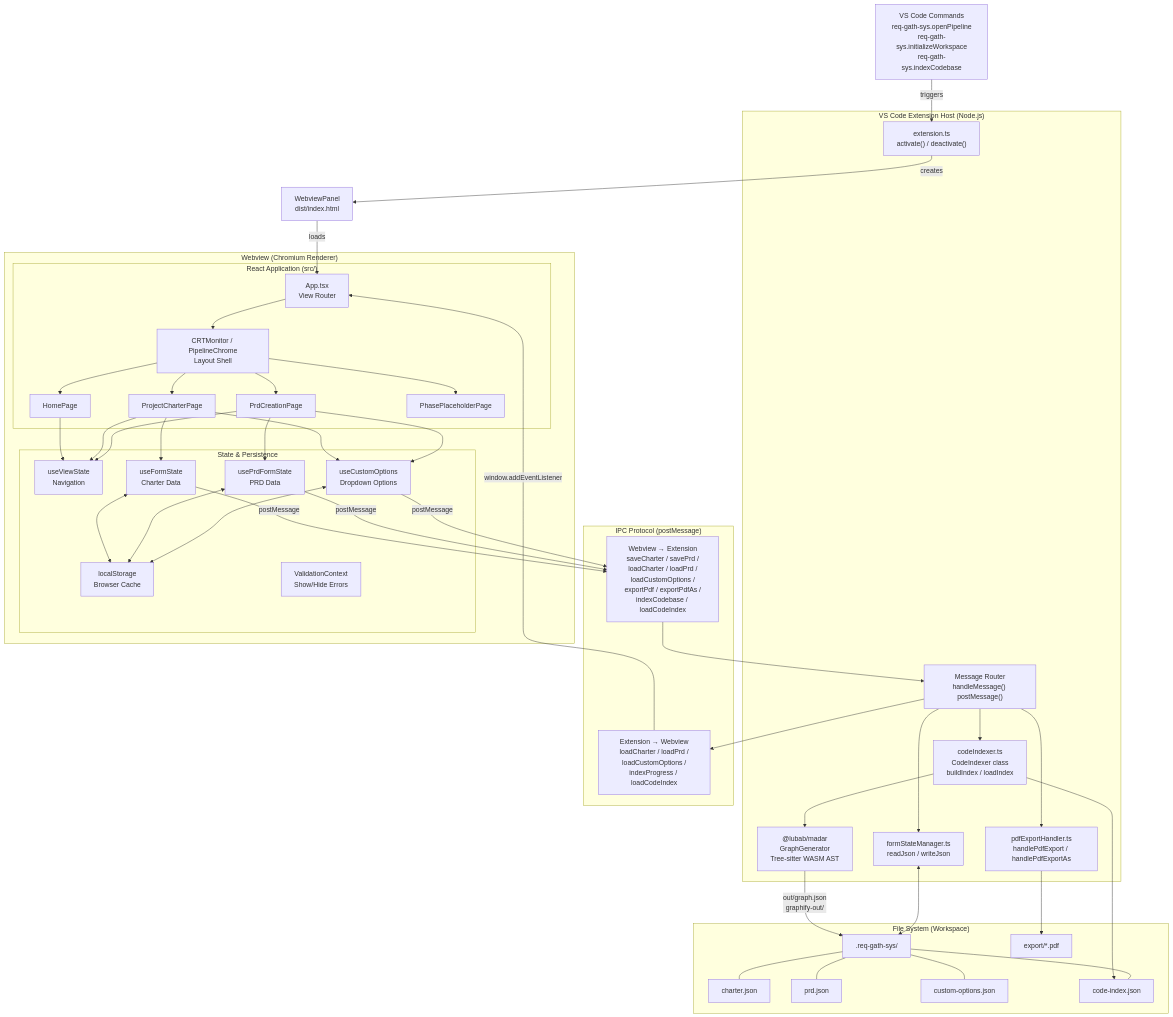
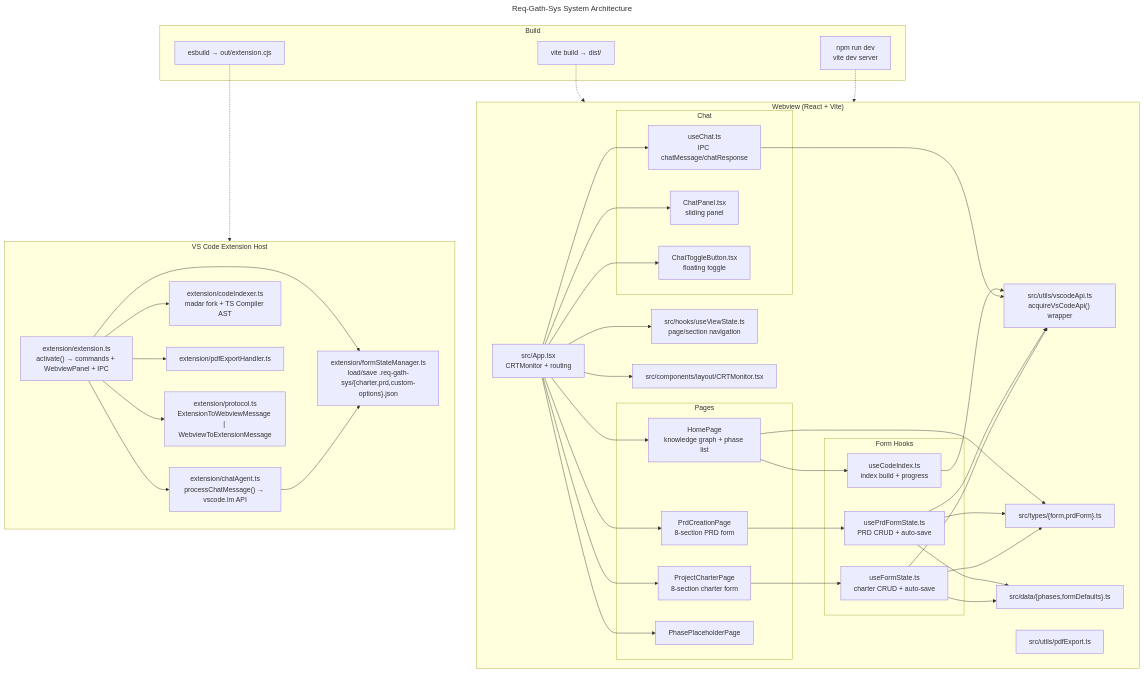
Before and after one commit to MoneebbYCh/CharterAi: the first of 3 diagrams in ARCHITECTURE.md, drawn with Mermaid. The commit also changed other lines of this file and 10 other files, not shown here.

````diff
--- a/ARCHITECTURE.md
+++ b/ARCHITECTURE.md
@@ -11,72 +3,87 @@
 ```mermaid
+---
+title: Req-Gath-Sys System Architecture
+---
 graph TB
-    subgraph "VS Code Extension Host (Node.js)"
-        EXT["extension.ts<br/>activate() / deactivate()"]
-        FSM["formStateManager.ts<br/>readJson / writeJson"]
-        CIDX["codeIndexer.ts<br/>CodeIndexer class<br/>buildIndex / loadIndex"]
-        GENG["@lubab/madar<br/>GraphGenerator<br/>Tree-sitter WASM AST"]
-        PDFH["pdfExportHandler.ts<br/>handlePdfExport / handlePdfExportAs"]
-        MSG["Message Router<br/>handleMessage() postMessage()"]
+  subgraph VSCODE["VS Code Extension Host"]
+    EXT["extension/extension.ts<br/>activate() → commands + WebviewPanel + IPC"]
+    FSM["extension/formStateManager.ts<br/>load/save .req-gath-sys/{charter,prd,custom-options}.json"]
+    CHAT["extension/chatAgent.ts<br/>processChatMessage() → vscode.lm API"]
+    CI["extension/codeIndexer.ts<br/>madar fork + TS Compiler AST"]
+    PDF["extension/pdfExportHandler.ts"]
+    PROTO["extension/protocol.ts<br/>ExtensionToWebviewMessage | WebviewToExtensionMessage"]
+
+    EXT --> FSM
+    EXT --> CHAT
+    EXT --> CI
+    EXT --> PDF
+    EXT --> PROTO
+    CHAT --> FSM
+  end
+
+  subgraph WEBVIEW["Webview (React + Vite)"]
+    APP["src/App.tsx<br/>CRTMonitor + routing"]
+    VIEW["src/hooks/useViewState.ts<br/>page/section navigation"]
+
+    subgraph PAGES["Pages"]
+      HOME["HomePage<br/>knowledge graph + phase list"]
+      CHARTER["ProjectCharterPage<br/>8-section charter form"]
+      PRD["PrdCreationPage<br/>8-section PRD form"]
+      PLACEHOLDER["PhasePlaceholderPage"]
     end
 
-    subgraph "Webview (Chromium Renderer)"
-        subgraph "React Application (src/)"
-            APP["App.tsx<br/>View Router"]
-            HP["HomePage"]
-            CP["ProjectCharterPage"]
-            PP["PrdCreationPage"]
-            PLP["PhasePlaceholderPage"]
-            CRT["CRTMonitor / PipelineChrome<br/>Layout Shell"]
-        end
-
-        subgraph "State & Persistence"
-            UVS["useViewState<br/>Navigation"]
-            UFS["useFormState<br/>Charter Data"]
-            UPFS["usePrdFormState<br/>PRD Data"]
-            UCO["useCustomOptions<br/>Dropdown Options"]
-            LS["localStorage<br/>Browser Cache"]
-            VALC["ValidationContext<br/>Show/Hide Errors"]
-        end
+    subgraph FORMS["Form Hooks"]
+      UF["useFormState.ts<br/>charter CRUD + auto-save"]
+      UP["usePrdFormState.ts<br/>PRD CRUD + auto-save"]
+      UC["useCodeIndex.ts<br/>index build + progress"]
     end
 
-    subgraph "File System (Workspace)"
-        DIR[".req-gath-sys/"]
-        CJ["charter.json"]
-        PJ["prd.json"]
-        COJ["custom-options.json"]
-        CIJ["code-index.json"]
-        EXP["export/*.pdf"]
+    subgraph CHATUI["Chat"]
+      UCHAT["useChat.ts<br/>IPC chatMessage/chatResponse"]
+      PANEL["ChatPanel.tsx<br/>sliding panel"]
+      TOGGLE["ChatToggleButton.tsx<br/>floating toggle"]
     end
 
-    subgraph "IPC Protocol (postMessage)"
-    W2E["Webview → Extension<br/>saveCharter / savePrd /<br/>loadCharter / loadPrd /<br/>loadCustomOptions /<br/>exportPdf / exportPdfAs /<br/>indexCodebase / loadCodeIndex"]
-    E2W["Extension → Webview<br/>loadCharter / loadPrd /<br/>loadCustomOptions /<br/>indexProgress / loadCodeIndex"]
-    end
+    UI["src/components/layout/CRTMonitor.tsx"]
+    TYPES["src/types/{form,prdForm}.ts"]
+    DATA["src/data/{phases,formDefaults}.ts"]
+    VAPI["src/utils/vscodeApi.ts<br/>acquireVsCodeApi() wrapper"]
+    PDFEX["src/utils/pdfExport.ts"]
+  end
 
-    VSCODE_CMD["VS Code Commands<br/>req-gath-sys.openPipeline<br/>req-gath-sys.initializeWorkspace<br/>req-gath-sys.indexCodebase"] -->|triggers| EXT
-    EXT -->|creates| WEBVIEW["WebviewPanel<br/>dist/index.html"]
-    WEBVIEW -->|loads| APP
-    APP --> CRT
-    CRT --> HP & CP & PP & PLP
+  APP --> VIEW
+  APP --> HOME
+  APP --> CHARTER
+  APP --> PRD
+  APP --> PLACEHOLDER
+  APP --> UI
+  APP --> UCHAT
+  APP --> PANEL
+  APP --> TOGGLE
 
-    HP --> UVS
-    CP --> UFS & UVS & UCO
-    PP --> UPFS & UVS & UCO
+  CHARTER --> UF
+  PRD --> UP
+  HOME --> UC
 
-    UFS <--> LS
-    UPFS <--> LS
-    UCO <--> LS
+  UF --> VAPI
+  UP --> VAPI
+  UCHAT --> VAPI
+  UC --> VAPI
 
-    UFS & UPFS & UCO -->|postMessage| W2E
-    W2E --> MSG
-    MSG --> FSM & PDFH & CIDX
-    CIDX --> GENG
-    GENG -->|"out/graph.json<br/>graphify-out/"| DIR
-    CIDX --> CIJ
-    FSM <--> DIR
-    DIR --- CJ & PJ & COJ & CIJ
-    PDFH --> EXP
+  UF --> TYPES
+  UP --> TYPES
+  HOME --> TYPES
 
-    MSG --> E2W
-    E2W -->|window.addEventListener| APP
+  UF --> DATA
+  UP --> DATA
+
+  subgraph BUILD["Build"]
+    ESBUILD["esbuild → out/extension.cjs"]
+    VITE["vite build → dist/"]
+    DEV["npm run dev<br/>vite dev server"]
+  end
+
+  ESBUILD -.-> VSCODE
+  VITE -.-> WEBVIEW
+  DEV -.-> WEBVIEW
 ```
````
